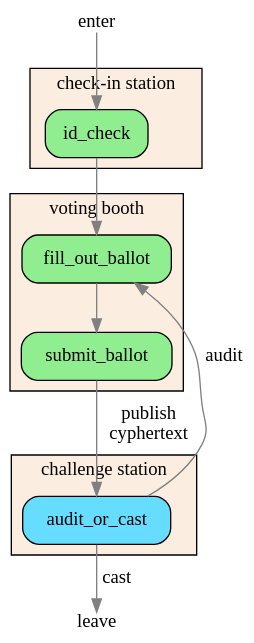
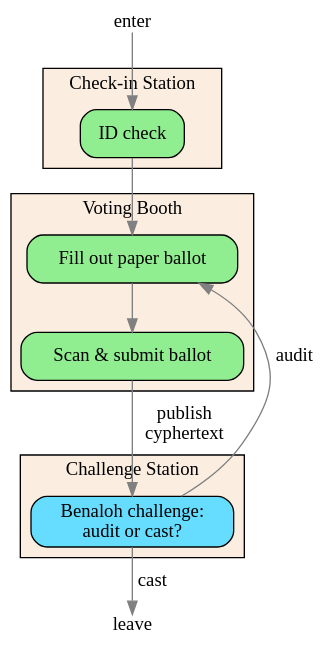
Before and after one commit to jefdaj/cryptoisland: the diagram in src/posts/2024/10/15/mechanics-of-the-benaloh-challenge/current-workflow.dot, drawn with Graphviz. The commit also changed 4 other files, not shown here.

Commit message:
mechanics-of-the-benaloh-challenge

```diff
--- a/src/posts/2024/10/15/mechanics-of-the-benaloh-challenge/current-workflow.dot
+++ b/src/posts/2024/10/15/mechanics-of-the-benaloh-challenge/current-workflow.dot
@@ -1,36 +1,39 @@
 digraph current_workflow {
   rankdir=TB
   bgcolor=transparent
   node [shape=box, style="rounded,filled", fillcolor=lightgreen]
   edge [color=grey]
 
   enter [shape=plain,fillcolor=transparent]
   leave [shape=plain,fillcolor=transparent]
   subgraph cluster_votingbooth {
     bgcolor="#fbeee0"
-    label="voting booth"
+    label="Voting Booth"
+    submit_ballot [label="Scan & submit ballot"]
     fill_out_ballot -> submit_ballot
   }
   subgraph cluster_checkin {
     bgcolor="#fbeee0"
-    label="check-in station"
+    label="Check-in Station"
+    id_check [label="ID check"]
+    fill_out_ballot [label="Fill out paper ballot"]
     id_check -> fill_out_ballot
   }
   subgraph cluster_challenge {
     bgcolor="#fbeee0"
-    label="challenge station"
-    audit_or_cast [fillcolor="#66ddff"] // blue
+    label="Challenge Station"
+    audit_or_cast [label="Benaloh challenge:\naudit or cast?",fillcolor="#66ddff"] // blue
   }
   // TODO separate post
   // subgraph cluster_verify {
   //   label="verify tally"
   //   verify_vote_included -> verify_tally
   // }
   enter -> id_check
   submit_ballot -> audit_or_cast [label="publish\ncyphertext"]
   audit_or_cast -> fill_out_ballot [label="audit", weight=0]
   // audit_or_cast -> verify_vote_included [label="cast"]
   audit_or_cast -> leave [label="cast"]
   // verify_vote_included -> leave
   // verify_tally -> leave
 }
```
